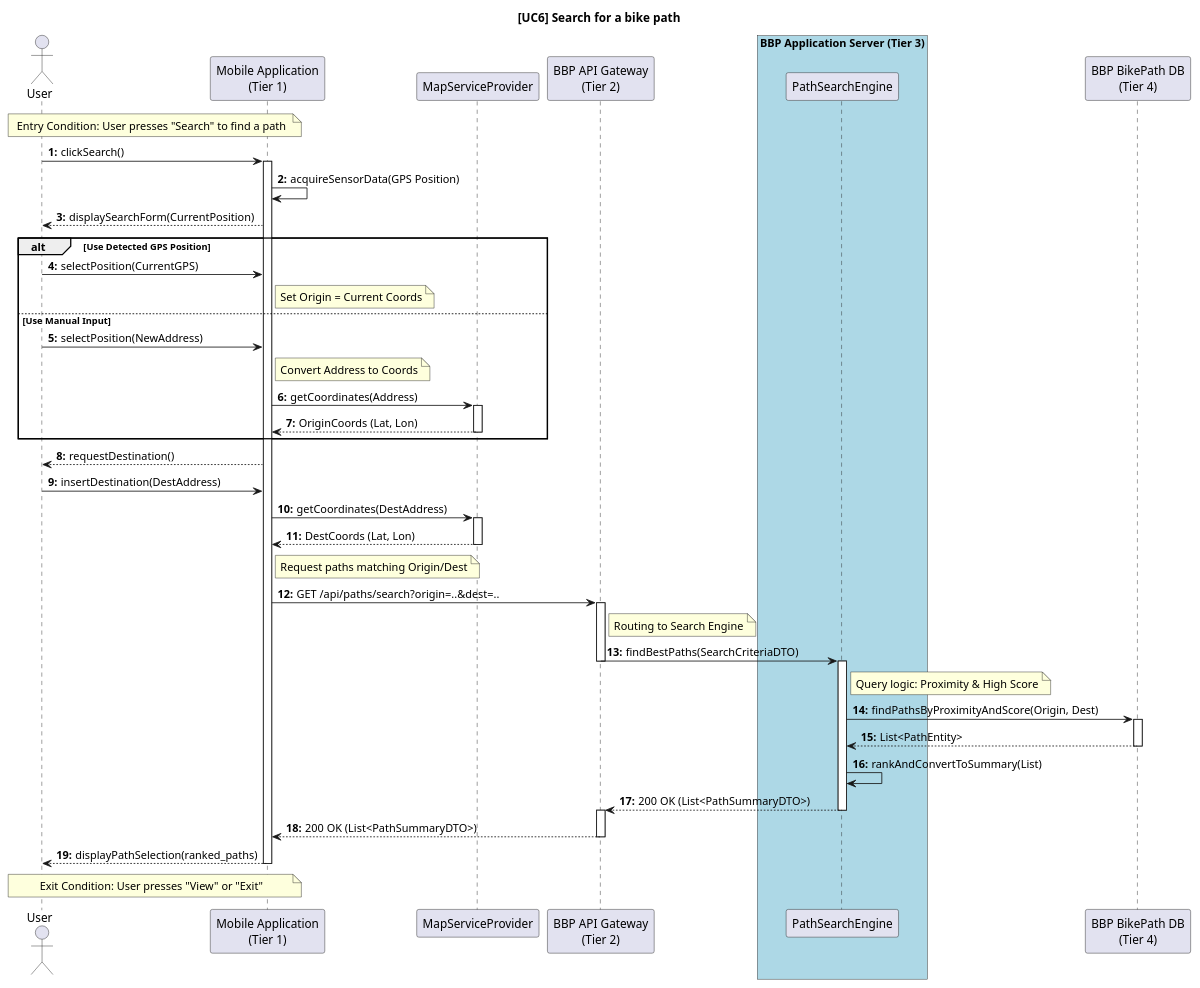
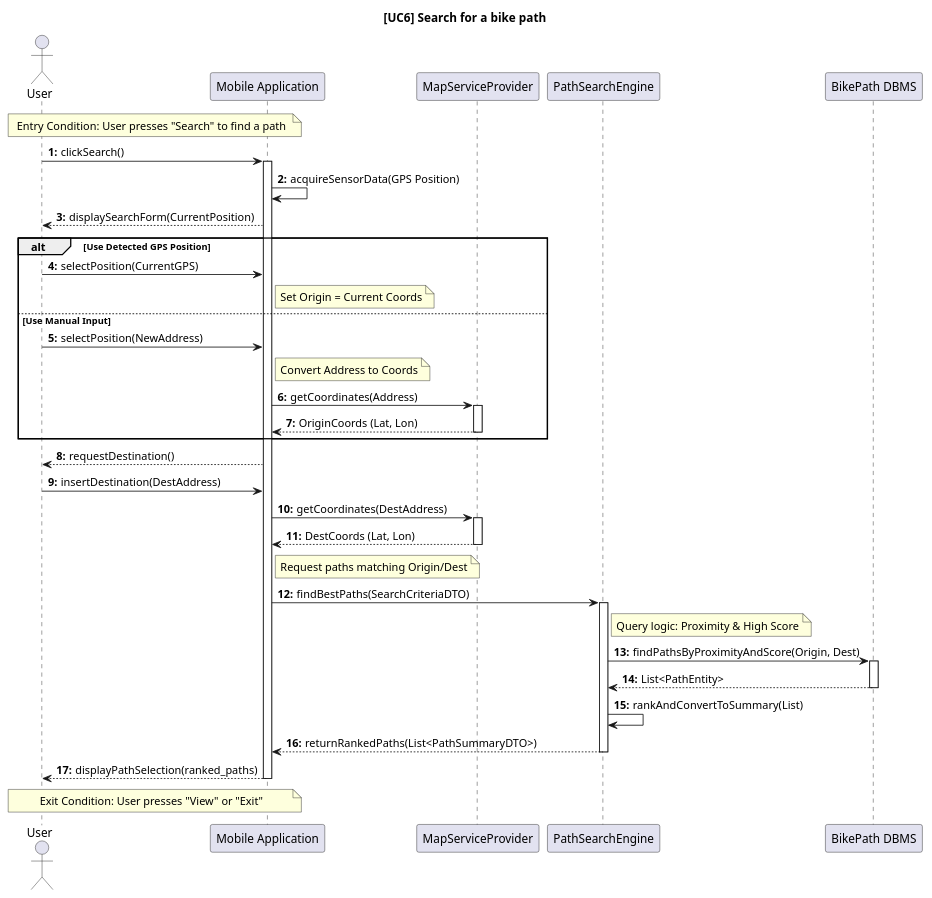
Before and after one commit to ilevinci/RubinoUvinsiVinciguerra: the diagram in DD/sequencediagrams/usecase6.puml, drawn with PlantUML. The commit also changed 8 other files, not shown here.

Commit message:
update sequence diagrams (use case->component)

```diff
--- a/DD/sequencediagrams/usecase6.puml
+++ b/DD/sequencediagrams/usecase6.puml
@@ -1,100 +1,89 @@
 @startuml UC6_SearchBikePath_Design
 autonumber "<b>0:"
 title [UC6] Search for a bike path
 
 ' =======================================================
 ' COMPONENT DEFINITION
 ' =======================================================
 actor "User" as User
-participant "Mobile Application\n(Tier 1)" as Client
+participant "Mobile Application" as Client
 
 ' External Service (Geocoding)
 participant "MapServiceProvider" as Map
 
 ' Backend System
-participant "BBP API Gateway\n(Tier 2)" as GW
-box "BBP Application Server (Tier 3)" #LightBlue
-    participant "PathSearchEngine" as Search
-end box
-participant "BBP BikePath DB\n(Tier 4)" as DB
+participant "PathSearchEngine" as Search
+participant "BikePath DBMS" as DB
 
 ' =======================================================
 ' ENTRY CONDITION
 ' =======================================================
 note over User, Client: Entry Condition: User presses "Search" to find a path
 
 ' =======================================================
 ' (a) GPS DETECTION & INIT
 ' =======================================================
 User -> Client: clickSearch()
 activate Client
 
 ' Acquisizione locale sensori
 Client -> Client: acquireSensorData(GPS Position)
 
 ' =======================================================
 ' (b) ORIGIN SELECTION
 ' =======================================================
 Client --> User: displaySearchForm(CurrentPosition)
 
 alt Use Detected GPS Position
     User -> Client: selectPosition(CurrentGPS)
     note right of Client: Set Origin = Current Coords
 else Use Manual Input
     User -> Client: selectPosition(NewAddress)
     
     ' Smart Client: Geocoding prima della ricerca
     note right of Client: Convert Address to Coords
     Client -> Map: getCoordinates(Address)
     activate Map
     Map --> Client: OriginCoords (Lat, Lon)
     deactivate Map
 end
 
 ' =======================================================
 ' (c) DESTINATION SELECTION
 ' =======================================================
 Client --> User: requestDestination()
 User -> Client: insertDestination(DestAddress)
 
 ' Smart Client: Geocoding Destination
 Client -> Map: getCoordinates(DestAddress)
 activate Map
 Map --> Client: DestCoords (Lat, Lon)
 deactivate Map
 
 ' =======================================================
 ' (d) PATH RETRIEVAL AND SCORING
 ' =======================================================
 ' Invio della query con le coordinate già pronte
 note right of Client: Request paths matching Origin/Dest
-Client -> GW: GET /api/paths/search?origin=..&dest=..
-activate GW
 
-note right of GW: Routing to Search Engine
-GW -> Search: findBestPaths(SearchCriteriaDTO)
-deactivate GW
+Client -> Search: findBestPaths(SearchCriteriaDTO)
 activate Search
 
 ' Query al DB: Trova percorsi vicini e ordinali per Score
 note right of Search: Query logic: Proximity & High Score
 Search -> DB: findPathsByProximityAndScore(Origin, Dest)
 activate DB
 DB --> Search: List<PathEntity>
 deactivate DB
 
 ' Conversione in DTO leggeri per la lista
 Search -> Search: rankAndConvertToSummary(List)
-
-Search --> GW: 200 OK (List<PathSummaryDTO>)
+Search --> Client: returnRankedPaths(List<PathSummaryDTO>)
 deactivate Search
-activate GW
-GW --> Client: 200 OK (List<PathSummaryDTO>)
-deactivate GW
 
 Client --> User: displayPathSelection(ranked_paths)
 
 note over User, Client: Exit Condition: User presses "View" or "Exit"
 
 deactivate Client
 @enduml
```
